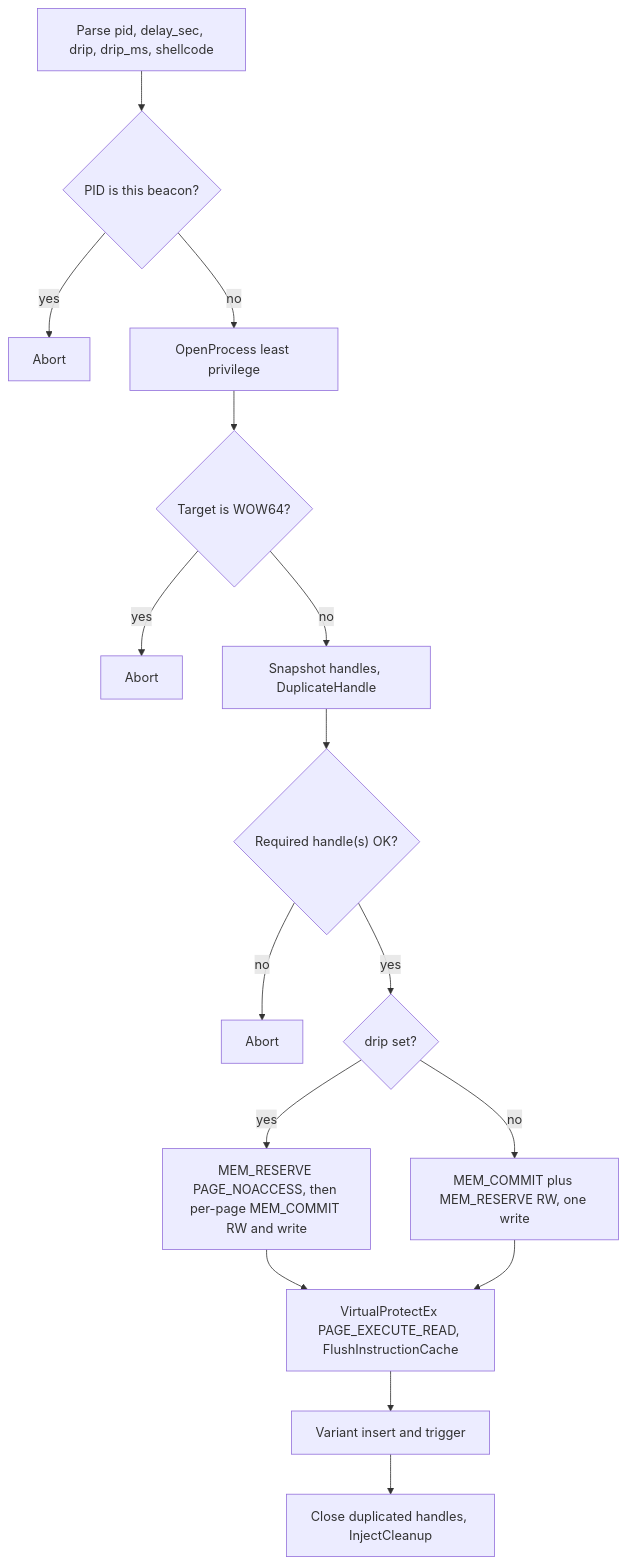
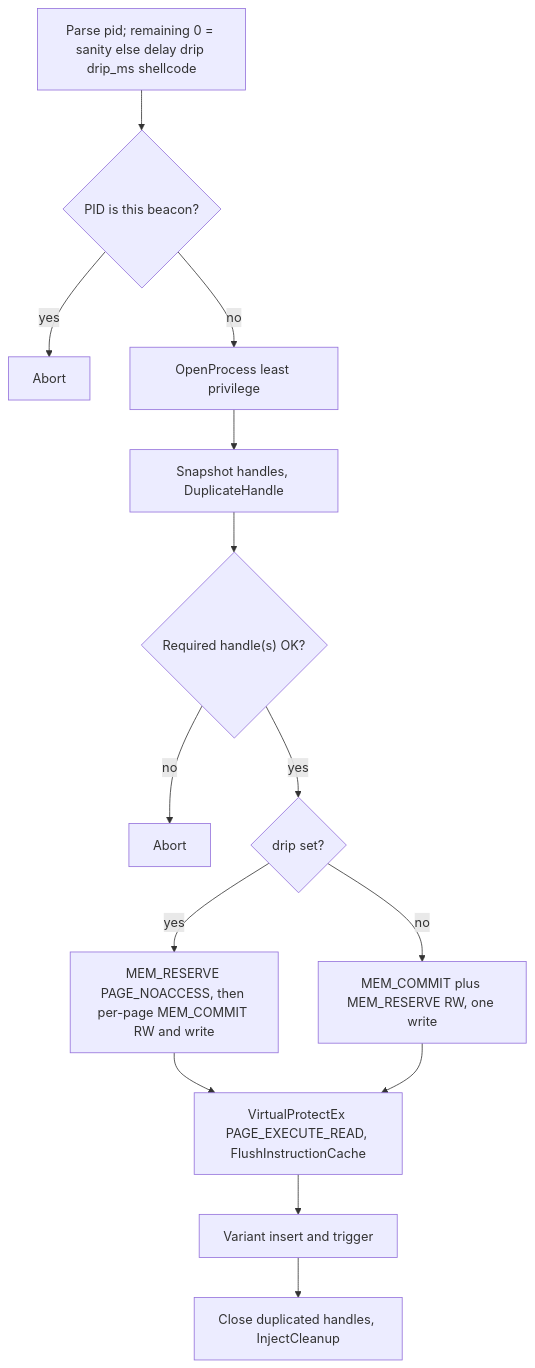
One commit to An0nUD4Y/PoolParty-BOF changed the first of 6 diagrams in README.md. Above: the diagram before and after it, drawn with Mermaid. The commit also changed other lines of this file and 26 other files, not shown here.

````diff
--- a/README.md
+++ b/README.md
@@ -159,18 +176,16 @@
 ```mermaid
 flowchart TD
-  P["Parse pid, delay_sec, drip, drip_ms, shellcode"] --> S{"PID is this beacon?"}
+  P["Parse pid; remaining 0 = sanity else delay drip drip_ms shellcode"] --> S{"PID is this beacon?"}
   S -->|yes| X1["Abort"]
   S -->|no| O["OpenProcess least privilege"]
-  O --> W{"Target is WOW64?"}
-  W -->|yes| X2["Abort"]
-  W -->|no| H["Snapshot handles, DuplicateHandle"]
+  O --> H["Snapshot handles, DuplicateHandle"]
   H --> HK{"Required handle(s) OK?"}
   HK -->|no| X3["Abort"]
   HK -->|yes| D{"drip set?"}
   D -->|yes| DR["MEM_RESERVE PAGE_NOACCESS, then per-page MEM_COMMIT RW and write"]
   D -->|no| OS["MEM_COMMIT plus MEM_RESERVE RW, one write"]
   DR --> RX["VirtualProtectEx PAGE_EXECUTE_READ, FlushInstructionCache"]
   OS --> RX
   RX --> V["Variant insert and trigger"]
   V --> C["Close duplicated handles, InjectCleanup"]
 ```
````
